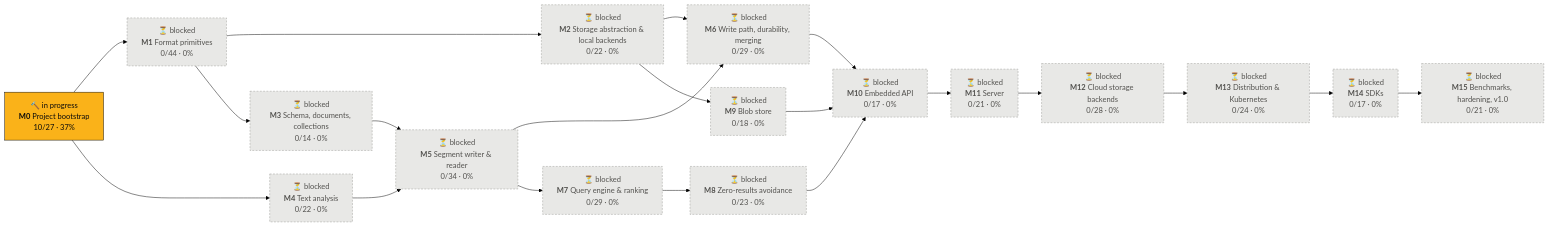
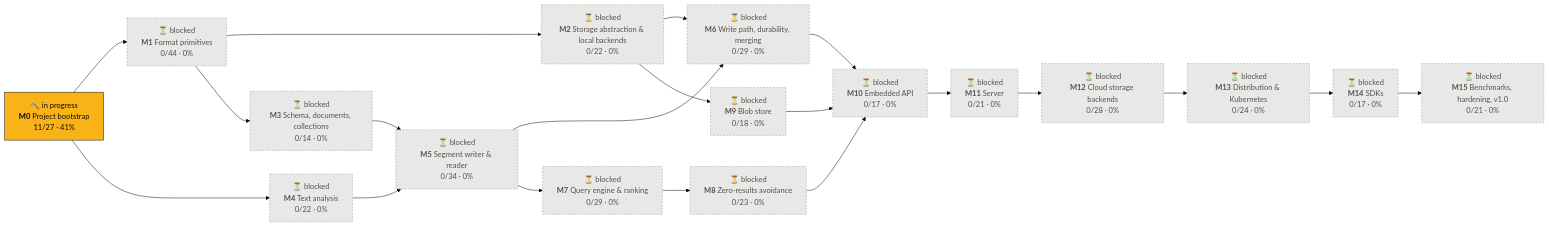
Before and after one commit to tomiok/persiaDB: the first of 2 diagrams in PROGRESS.md, drawn with Mermaid (forest theme). The commit also changed other lines of this file and 3 other files, not shown here.

Commit message:
docs: CHANGELOG in Keep a Changelog format (ROADMAP 0.1.3.4)

````diff
--- a/PROGRESS.md
+++ b/PROGRESS.md
@@ -14,42 +14,42 @@
 ```mermaid
 flowchart LR
-  M0["🔨 in progress<br/><b>M0</b> Project bootstrap<br/>10/27 · 37%"]:::doing
+  M0["🔨 in progress<br/><b>M0</b> Project bootstrap<br/>11/27 · 41%"]:::doing
   M1["⏳ blocked<br/><b>M1</b> Format primitives<br/>0/44 · 0%"]:::blocked
   M2["⏳ blocked<br/><b>M2</b> Storage abstraction & local backends<br/>0/22 · 0%"]:::blocked
   M3["⏳ blocked<br/><b>M3</b> Schema, documents, collections<br/>0/14 · 0%"]:::blocked
   M4["⏳ blocked<br/><b>M4</b> Text analysis<br/>0/22 · 0%"]:::blocked
   M5["⏳ blocked<br/><b>M5</b> Segment writer & reader<br/>0/34 · 0%"]:::blocked
   M6["⏳ blocked<br/><b>M6</b> Write path, durability, merging<br/>0/29 · 0%"]:::blocked
   M7["⏳ blocked<br/><b>M7</b> Query engine & ranking<br/>0/29 · 0%"]:::blocked
   M8["⏳ blocked<br/><b>M8</b> Zero-results avoidance<br/>0/23 · 0%"]:::blocked
   M9["⏳ blocked<br/><b>M9</b> Blob store<br/>0/18 · 0%"]:::blocked
   M10["⏳ blocked<br/><b>M10</b> Embedded API<br/>0/17 · 0%"]:::blocked
   M11["⏳ blocked<br/><b>M11</b> Server<br/>0/21 · 0%"]:::blocked
   M12["⏳ blocked<br/><b>M12</b> Cloud storage backends<br/>0/28 · 0%"]:::blocked
   M13["⏳ blocked<br/><b>M13</b> Distribution & Kubernetes<br/>0/24 · 0%"]:::blocked
   M14["⏳ blocked<br/><b>M14</b> SDKs<br/>0/17 · 0%"]:::blocked
   M15["⏳ blocked<br/><b>M15</b> Benchmarks, hardening, v1.0<br/>0/21 · 0%"]:::blocked
   M0 --> M1
   M1 --> M2
   M1 --> M3
   M0 --> M4
   M3 --> M5
   M4 --> M5
   M2 --> M6
   M5 --> M6
   M5 --> M7
   M7 --> M8
   M2 --> M9
   M6 --> M10
   M8 --> M10
   M9 --> M10
   M10 --> M11
   M11 --> M12
   M12 --> M13
   M13 --> M14
   M14 --> M15
   classDef done fill:#0ca30c,stroke:#0b0b0b,color:#0b0b0b
   classDef doing fill:#fab219,stroke:#0b0b0b,color:#0b0b0b
   classDef ready fill:#fcfcfb,stroke:#0b0b0b,stroke-width:2px,color:#0b0b0b
   classDef blocked fill:#e8e8e6,stroke:#9a9a96,stroke-dasharray:4 3,color:#52514e
 ```
````
